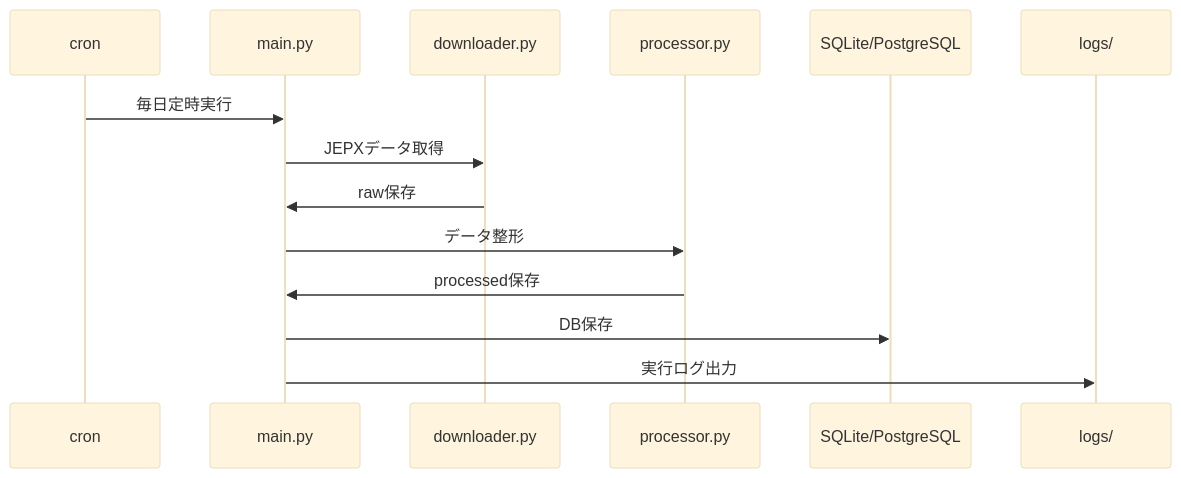
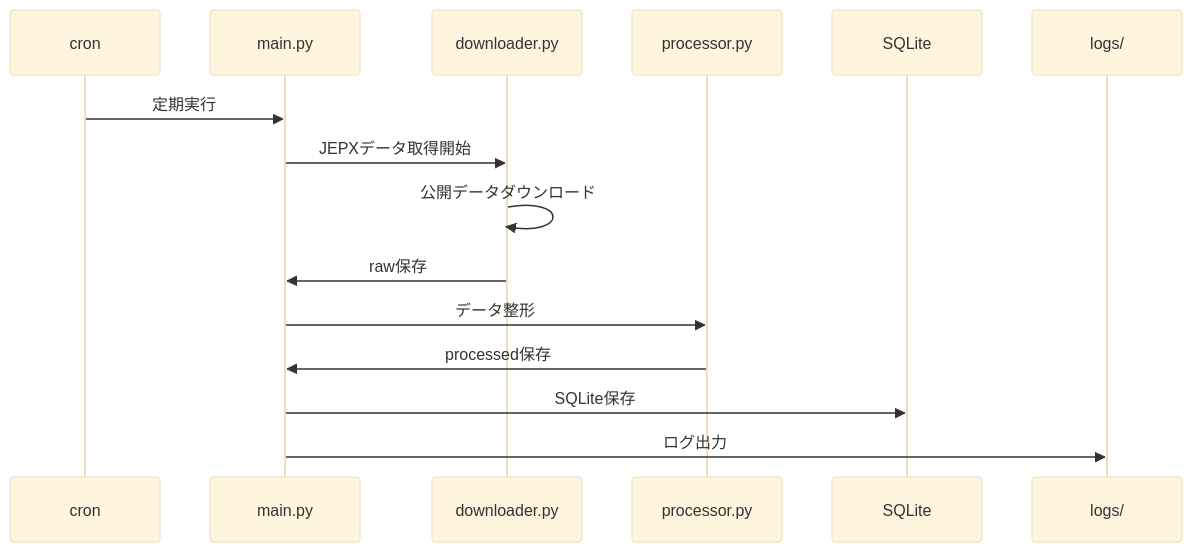
One commit to banzai80311315/jepx-data-analytics-platform changed the fifth of 8 diagrams in README.md. Above: the diagram before and after it, drawn with Mermaid (base theme). The commit also changed other lines of this file, not shown here.

````diff
--- a/README.md
+++ b/README.md
@@ -116,17 +142,18 @@
 ```mermaid
 sequenceDiagram
     participant C as cron
     participant M as main.py
     participant D as downloader.py
     participant P as processor.py
-    participant DB as SQLite/PostgreSQL
+    participant DB as SQLite
     participant LOG as logs/
 
-    C->>M: 毎日定時実行
-    M->>D: JEPXデータ取得
+    C->>M: 定期実行
+    M->>D: JEPXデータ取得開始
+    D->>D: 公開データダウンロード
     D->>M: raw保存
     M->>P: データ整形
     P->>M: processed保存
-    M->>DB: DB保存
-    M->>LOG: 実行ログ出力
+    M->>DB: SQLite保存
+    M->>LOG: ログ出力
 ```
````
